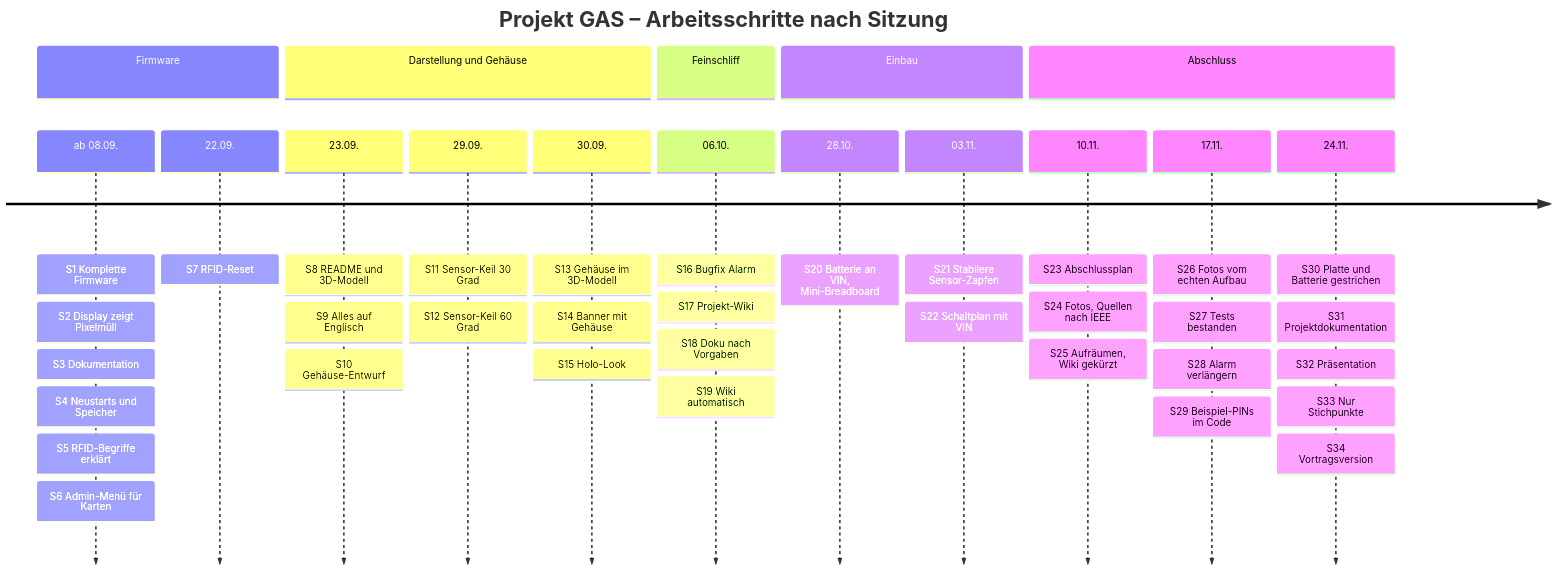
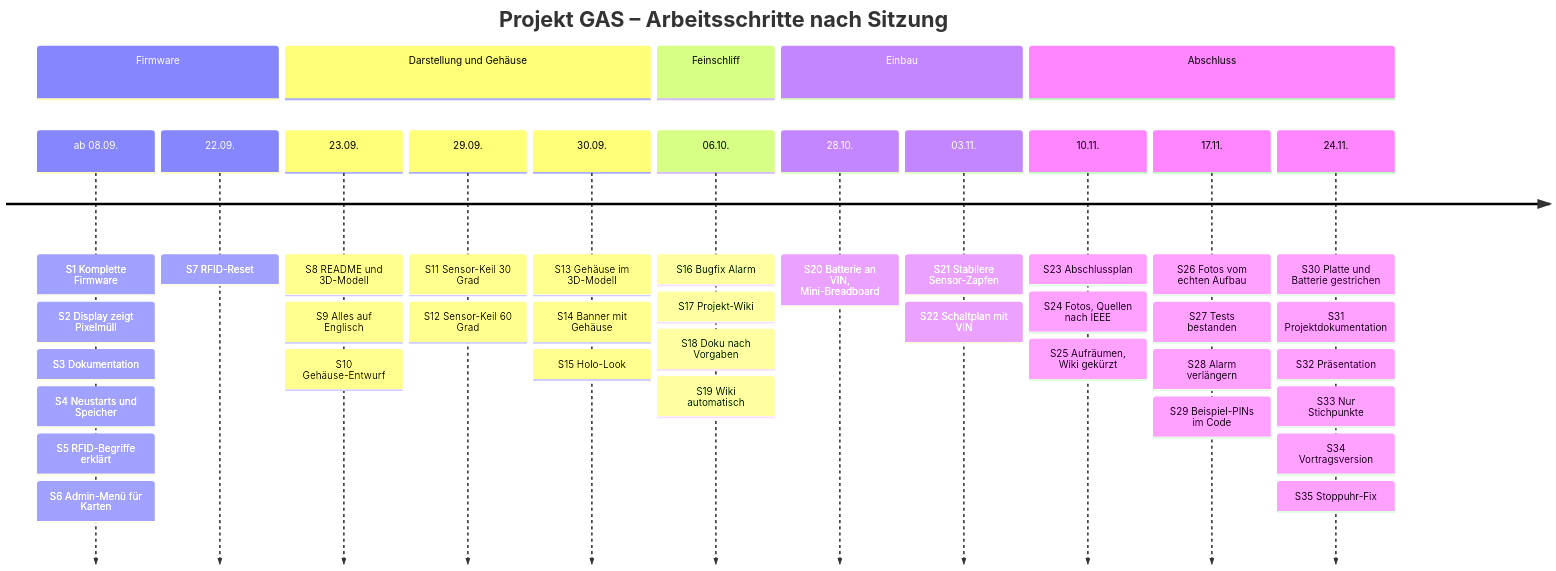
One commit to BBZ-AIFS51/LF7-Projekt_GAS changed the first of 3 diagrams in wiki/Entwicklungsverlauf.md. Above: the diagram before and after it, drawn with Mermaid. The commit also changed other lines of this file and 6 other files, not shown here.

````diff
--- a/wiki/Entwicklungsverlauf.md
+++ b/wiki/Entwicklungsverlauf.md
@@ -23,43 +23,44 @@
 ```mermaid
 timeline
     title Projekt GAS – Arbeitsschritte nach Sitzung
     section Firmware
         ab 08.09. : S1 Komplette Firmware
                   : S2 Display zeigt Pixelmüll
                   : S3 Dokumentation
                   : S4 Neustarts und Speicher
                   : S5 RFID-Begriffe erklärt
                   : S6 Admin-Menü für Karten
         22.09. : S7 RFID-Reset
     section Darstellung und Gehäuse
         23.09. : S8 README und 3D-Modell
                : S9 Alles auf Englisch
                : S10 Gehäuse-Entwurf
         29.09. : S11 Sensor-Keil 30 Grad
                : S12 Sensor-Keil 60 Grad
         30.09. : S13 Gehäuse im 3D-Modell
                : S14 Banner mit Gehäuse
                : S15 Holo-Look
     section Feinschliff
         06.10. : S16 Bugfix Alarm
                : S17 Projekt-Wiki
                : S18 Doku nach Vorgaben
                : S19 Wiki automatisch
     section Einbau
         28.10. : S20 Batterie an VIN, Mini-Breadboard
         03.11. : S21 Stabilere Sensor-Zapfen
                : S22 Schaltplan mit VIN
     section Abschluss
         10.11. : S23 Abschlussplan
                : S24 Fotos, Quellen nach IEEE
                : S25 Aufräumen, Wiki gekürzt
         17.11. : S26 Fotos vom echten Aufbau
                : S27 Tests bestanden
                : S28 Alarm verlängern
                : S29 Beispiel-PINs im Code
         24.11. : S30 Platte und Batterie gestrichen
                : S31 Projektdokumentation
                : S32 Präsentation
                : S33 Nur Stichpunkte
                : S34 Vortragsversion
+               : S35 Stoppuhr-Fix
 ```
````
